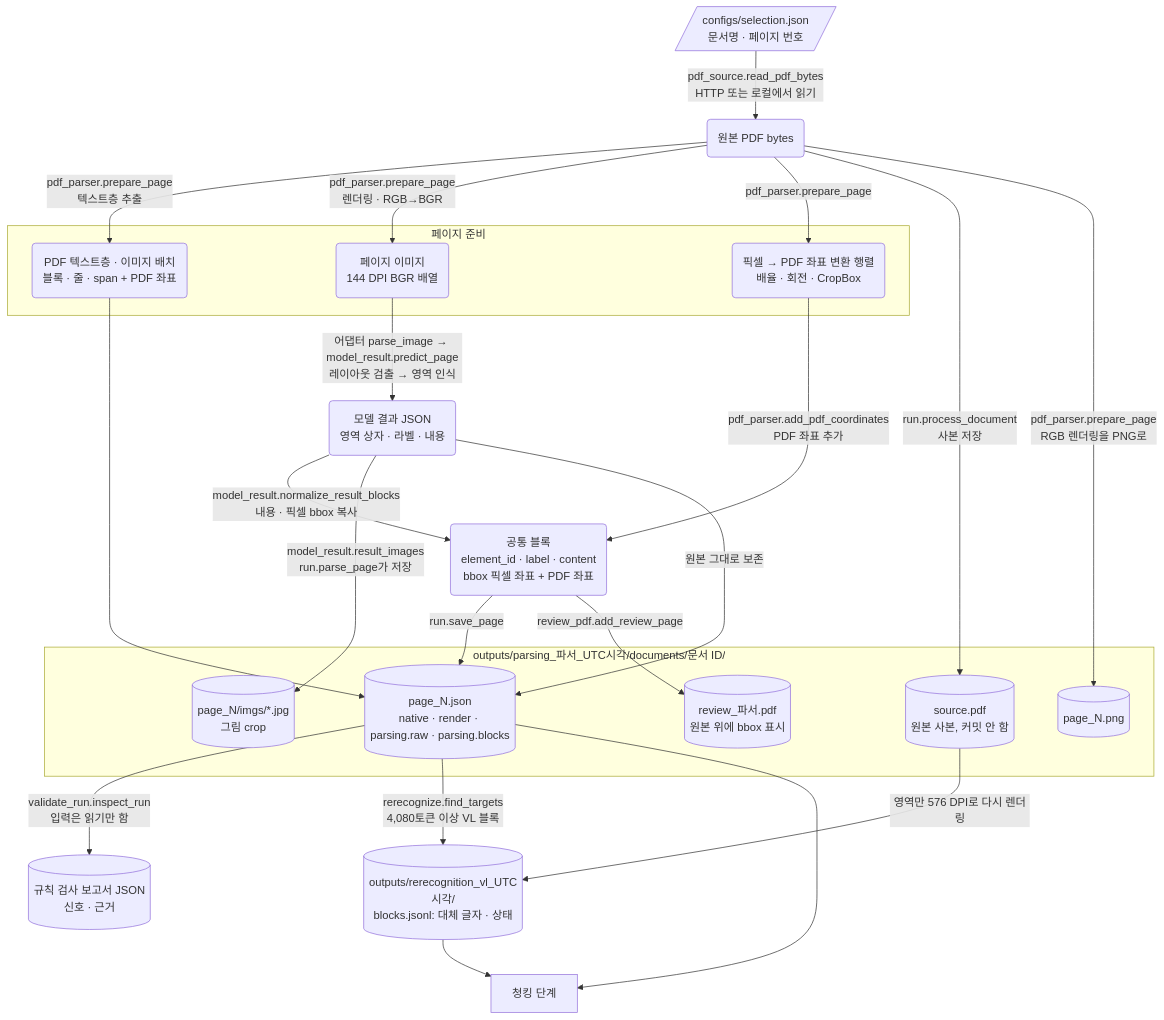
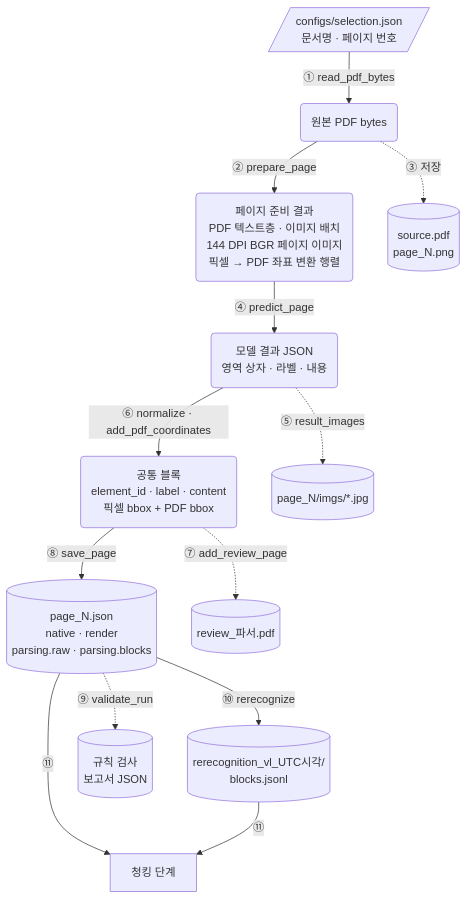
Before and after one commit to LeF-0213/MMDocIR_Multimodal_RAG: the diagram in docs/parsing/README.md, drawn with Mermaid. The commit also changed other lines of this file and 16 other files, not shown here.

````diff
--- a/docs/parsing/README.md
+++ b/docs/parsing/README.md
@@ -25,47 +26,29 @@
 ```mermaid
 flowchart TD
     SEL[/"configs/selection.json<br/>문서명 · 페이지 번호"/]
     PDF("원본 PDF bytes")
-
-    subgraph PREP["페이지 준비"]
-        NATIVE("PDF 텍스트층 · 이미지 배치<br/>블록 · 줄 · span + PDF 좌표")
-        IMG("페이지 이미지<br/>144 DPI BGR 배열")
-        MAT("픽셀 → PDF 좌표 변환 행렬<br/>배율 · 회전 · CropBox")
-    end
-
+    PAGE("페이지 준비 결과<br/>PDF 텍스트층 · 이미지 배치<br/>144 DPI BGR 페이지 이미지<br/>픽셀 → PDF 좌표 변환 행렬")
     RAW("모델 결과 JSON<br/>영역 상자 · 라벨 · 내용")
-    BLOCKS("공통 블록<br/>element_id · label · content<br/>bbox 픽셀 좌표 + PDF 좌표")
-
-    subgraph RUN["outputs/parsing_파서_UTC시각/documents/문서 ID/"]
-        SRCPDF[("source.pdf<br/>원본 사본, 커밋 안 함")]
-        PNG[("page_N.png")]
-        PJSON[("page_N.json<br/>native · render · parsing.raw · parsing.blocks")]
-        CROPS[("page_N/imgs/*.jpg<br/>그림 crop")]
-        REVIEW[("review_파서.pdf<br/>원본 위에 bbox 표시")]
-    end
-
-    REPORT[("규칙 검사 보고서 JSON<br/>신호 · 근거")]
-    REREC[("outputs/rerecognition_vl_UTC시각/<br/>blocks.jsonl: 대체 글자 · 상태")]
+    BLOCKS("공통 블록<br/>element_id · label · content<br/>픽셀 bbox + PDF bbox")
+    PJSON[("page_N.json<br/>native · render<br/>parsing.raw · parsing.blocks")]
+    REREC[("rerecognition_vl_UTC시각/<br/>blocks.jsonl")]
     CHUNK["청킹 단계"]
 
-    SEL -->|"pdf_source.read_pdf_bytes<br/>HTTP 또는 로컬에서 읽기"| PDF
-    PDF -->|"pdf_parser.prepare_page<br/>텍스트층 추출"| NATIVE
-    PDF -->|"pdf_parser.prepare_page<br/>렌더링 · RGB→BGR"| IMG
-    PDF -->|"pdf_parser.prepare_page"| MAT
-    PDF -->|"run.process_document<br/>사본 저장"| SRCPDF
-    PDF -->|"pdf_parser.prepare_page<br/>RGB 렌더링을 PNG로"| PNG
-    IMG -->|"어댑터 parse_image → model_result.predict_page<br/>레이아웃 검출 → 영역 인식"| RAW
-    RAW -->|"model_result.normalize_result_blocks<br/>내용 · 픽셀 bbox 복사"| BLOCKS
-    MAT -->|"pdf_parser.add_pdf_coordinates<br/>PDF 좌표 추가"| BLOCKS
-    RAW -->|"model_result.result_images<br/>run.parse_page가 저장"| CROPS
-    NATIVE --> PJSON
-    RAW -->|"원본 그대로 보존"| PJSON
-    BLOCKS -->|"run.save_page"| PJSON
-    BLOCKS -->|"review_pdf.add_review_page"| REVIEW
+    COPY[("source.pdf<br/>page_N.png")]
+    CROPS[("page_N/imgs/*.jpg")]
+    REVIEW[("review_파서.pdf")]
+    REPORT[("규칙 검사<br/>보고서 JSON")]
 
-    PJSON -->|"validate_run.inspect_run<br/>입력은 읽기만 함"| REPORT
-    PJSON -->|"rerecognize.find_targets<br/>4,080토큰 이상 VL 블록"| REREC
-    SRCPDF -->|"영역만 576 DPI로 다시 렌더링"| REREC
-    PJSON --> CHUNK
-    REREC --> CHUNK
+    SEL -->|"① read_pdf_bytes"| PDF
+    PDF -->|"② prepare_page"| PAGE
+    PDF -.->|"③ 저장"| COPY
+    PAGE -->|"④ predict_page"| RAW
+    RAW -.->|"⑤ result_images"| CROPS
+    RAW -->|"⑥ normalize · add_pdf_coordinates"| BLOCKS
+    BLOCKS -.->|"⑦ add_review_page"| REVIEW
+    BLOCKS -->|"⑧ save_page"| PJSON
+    PJSON -.->|"⑨ validate_run"| REPORT
+    PJSON -->|"⑩ rerecognize"| REREC
+    PJSON -->|"⑪"| CHUNK
+    REREC -->|"⑪"| CHUNK
 ```
````
